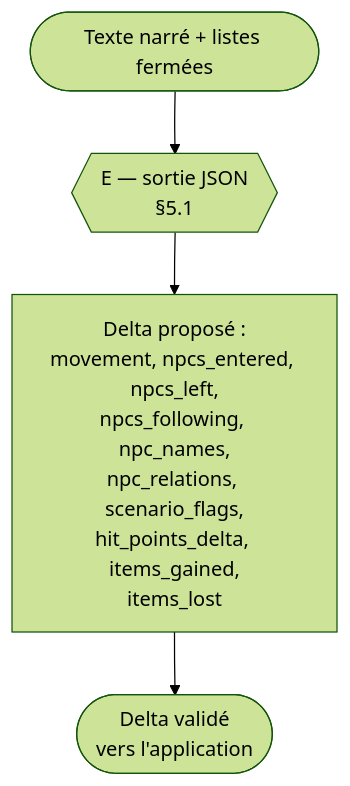
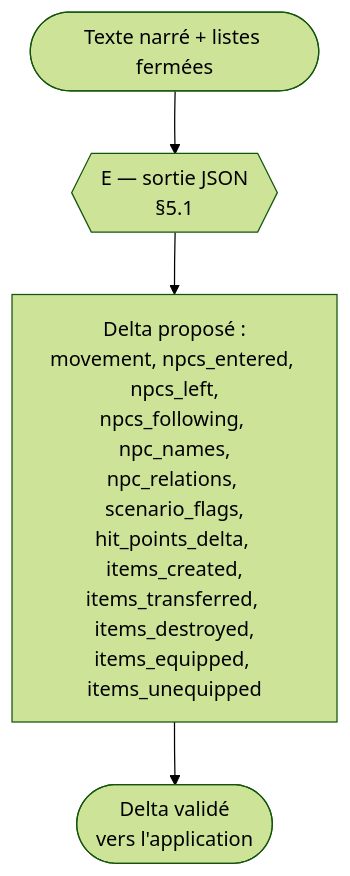
Before and after one commit to cyrilpointet/wanderlore: the ninth of 14 diagrams in doc/flux-backend-tour-de-jeu-mj-virtuel.md, drawn with Mermaid (forest theme). The commit also changed other lines of this file and 7 other files, not shown here.

````diff
--- a/doc/flux-backend-tour-de-jeu-mj-virtuel.md
+++ b/doc/flux-backend-tour-de-jeu-mj-virtuel.md
@@ -286,6 +288,6 @@
 ```mermaid
 flowchart TD
     A([Texte narré + listes fermées]) --> B{{E — sortie JSON<br/>§5.1}}
-    B --> C["Delta proposé :<br/>movement, npcs_entered, npcs_left,<br/>npcs_following, npc_names,<br/>npc_relations, scenario_flags,<br/>hit_points_delta, items_gained,<br/>items_lost"]
+    B --> C["Delta proposé :<br/>movement, npcs_entered, npcs_left,<br/>npcs_following, npc_names,<br/>npc_relations, scenario_flags,<br/>hit_points_delta, items_created,<br/>items_transferred, items_destroyed,<br/>items_equipped, items_unequipped"]
     C --> D([Delta validé<br/>vers l'application])
 ```
````
